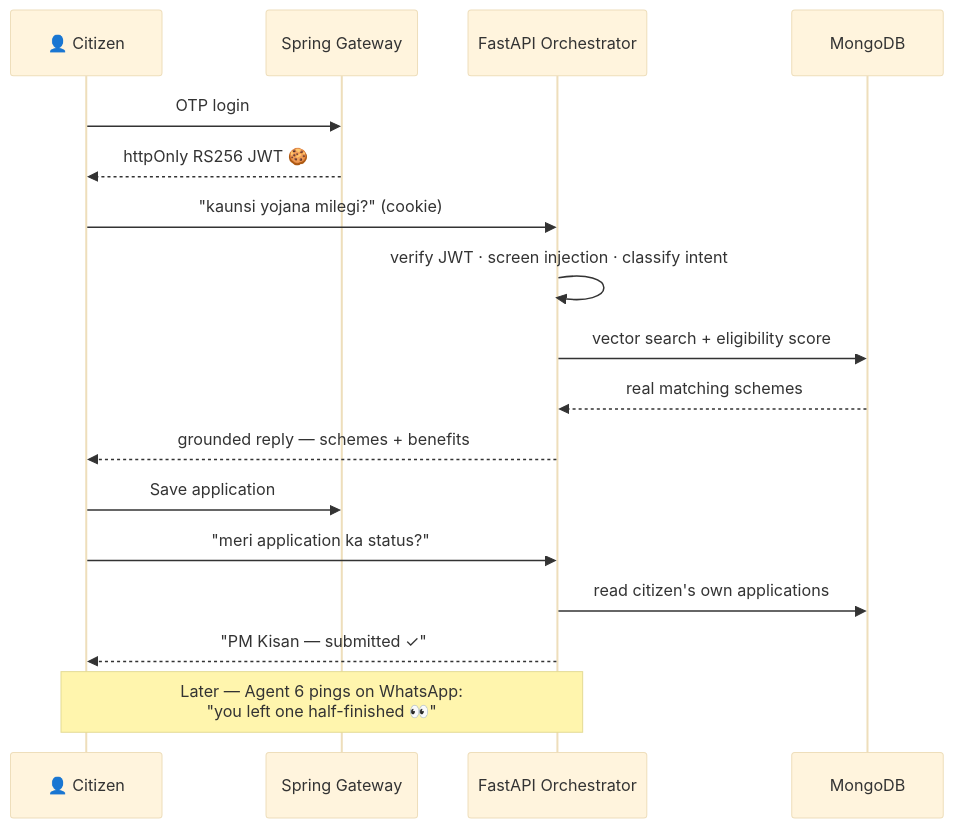
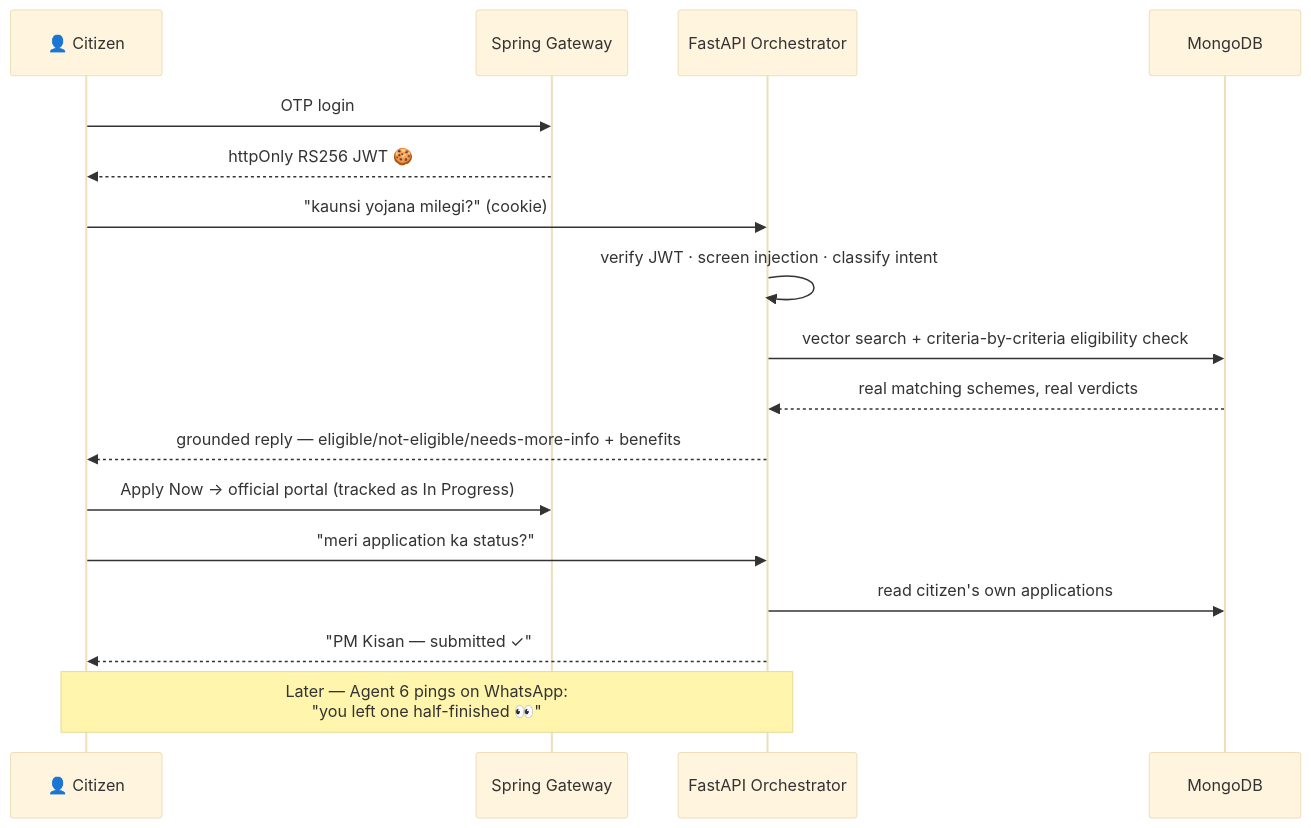
Before and after one commit to RudyMontoo/YojnaSetu_v5: the second of 2 diagrams in README.md, drawn with Mermaid (base theme). The commit also changed other lines of this file, not shown here.

Commit message:
docs: sync README with the Saved Schemes/Application Tracker split and real eligibility engine
Three spots still described the old behavior:
- Agent 1 description said "scores against your profile" (the old
  score_eligibility heuristic) — now describes the real criteria-by-criteria
  rules engine and its eligible/not-eligible/needs-more-info verdicts.
- Status tracker description still listed "Saved" as a tracker stage and
  didn't mention Saved Schemes now lives separately on Profile.
- The end-to-end sequence diagram said "Save application" and "vector
  search + eligibility score", both from before the split/redesign.

````diff
--- a/README.md
+++ b/README.md
@@ -200,20 +200,20 @@
 ```mermaid
 sequenceDiagram
     participant C as 👤 Citizen
     participant G as Spring Gateway
     participant O as FastAPI Orchestrator
     participant D as MongoDB
 
     C->>G: OTP login
     G-->>C: httpOnly RS256 JWT 🍪
     C->>O: "kaunsi yojana milegi?" (cookie)
     O->>O: verify JWT · screen injection · classify intent
-    O->>D: vector search + eligibility score
-    D-->>O: real matching schemes
-    O-->>C: grounded reply — schemes + benefits
-    C->>G: Save application
+    O->>D: vector search + criteria-by-criteria eligibility check
+    D-->>O: real matching schemes, real verdicts
+    O-->>C: grounded reply — eligible/not-eligible/needs-more-info + benefits
+    C->>G: Apply Now → official portal (tracked as In Progress)
     C->>O: "meri application ka status?"
     O->>D: read citizen's own applications
     O-->>C: "PM Kisan — submitted ✓"
     Note over C,O: Later — Agent 6 pings on WhatsApp:<br/>"you left one half-finished 👀"
 ```
````
